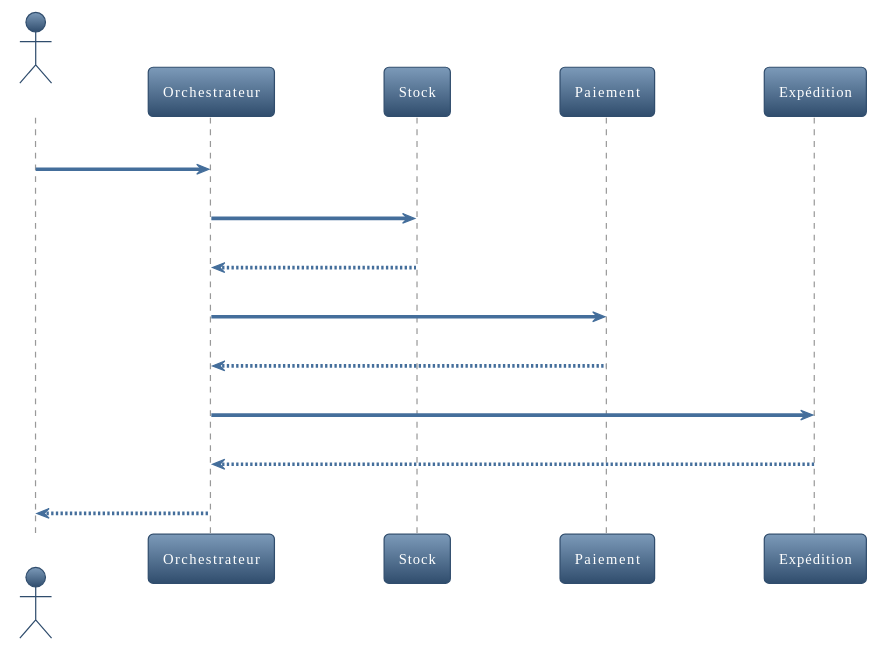
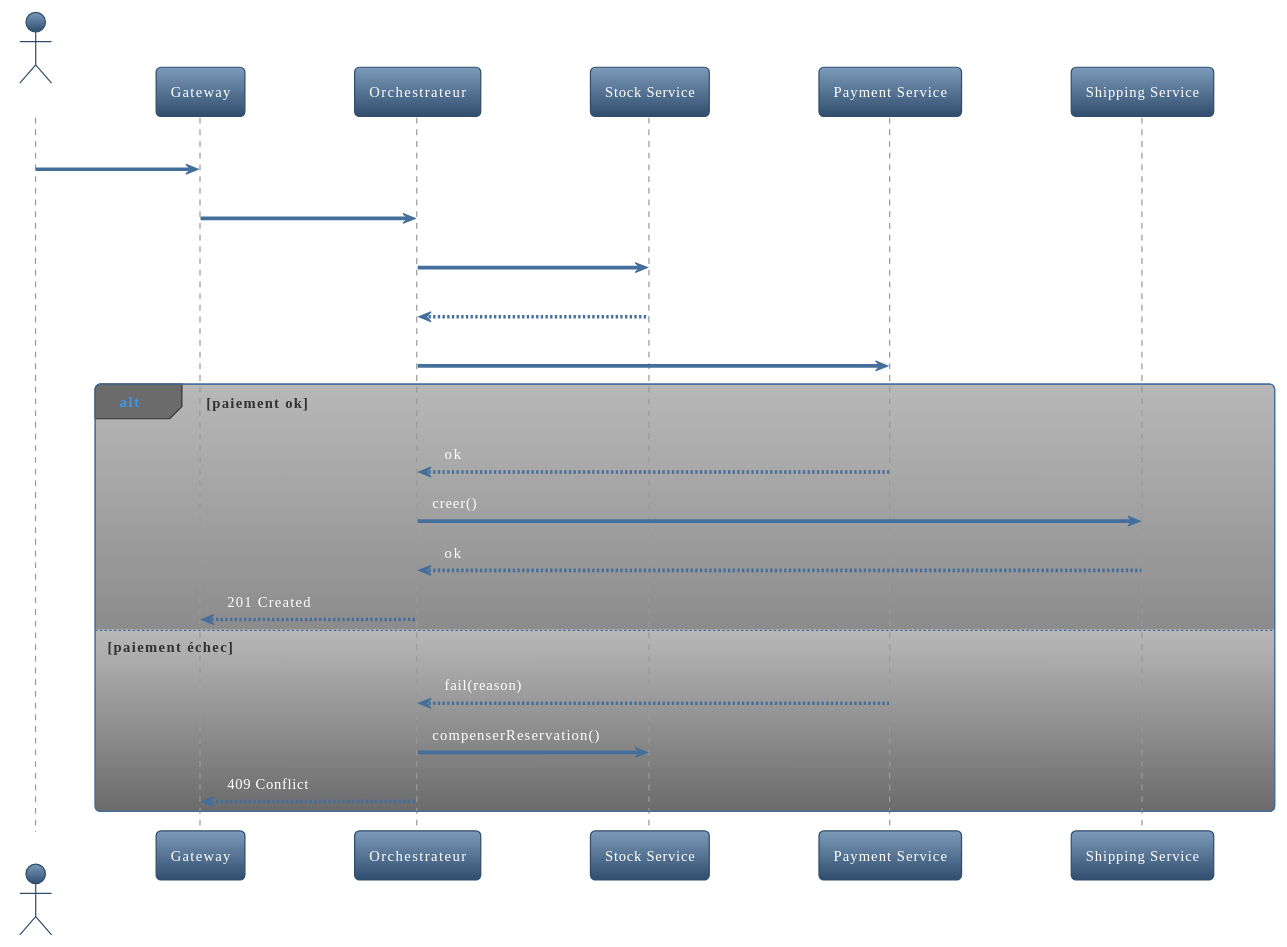
The second of 4 diagrams in lab/lab6/Docs/rapport_complet_lab6.md (EnzoTremblay/log430), drawn with PlantUML before and after one commit. The commit also changed other lines of this file and 4 other files, not shown here.

````diff
--- a/lab/lab6/Docs/rapport_complet_lab6.md
+++ b/lab/lab6/Docs/rapport_complet_lab6.md
@@ -34,18 +55,27 @@
 ```plantuml
-@startuml sequence_success_commande
+@startuml sequence_saga_orchestrateur
 !theme spacelab
 actor Client
-participant Orchestrateur
-participant Stock
-participant Paiement
-participant Expédition
-Client -> Orchestrateur : passerCommande()
-Orchestrateur -> Stock : reserver()
-Stock --> Orchestrateur : ok
-Orchestrateur -> Paiement : charger()
-Paiement --> Orchestrateur : ok
-Orchestrateur -> Expédition : creer()
-Expédition --> Orchestrateur : ok
-Orchestrateur --> Client : confirmation
+participant Gateway as GW
+participant Orchestrateur as ORCH
+participant "Stock Service" as STK
+participant "Payment Service" as PAY
+participant "Shipping Service" as SHIP
+
+Client -> GW : POST /commande
+GW -> ORCH : startOrder()
+ORCH -> STK : reserver()
+STK --> ORCH : ok
+ORCH -> PAY : charger()
+alt paiement ok
+  PAY --> ORCH : ok
+  ORCH -> SHIP : creer()
+  SHIP --> ORCH : ok
+  ORCH --> GW : 201 Created
+else paiement échec
+  PAY --> ORCH : fail(reason)
+  ORCH -> STK : compenserReservation()
+  ORCH --> GW : 409 Conflict
+end
 @enduml
 ```
````
